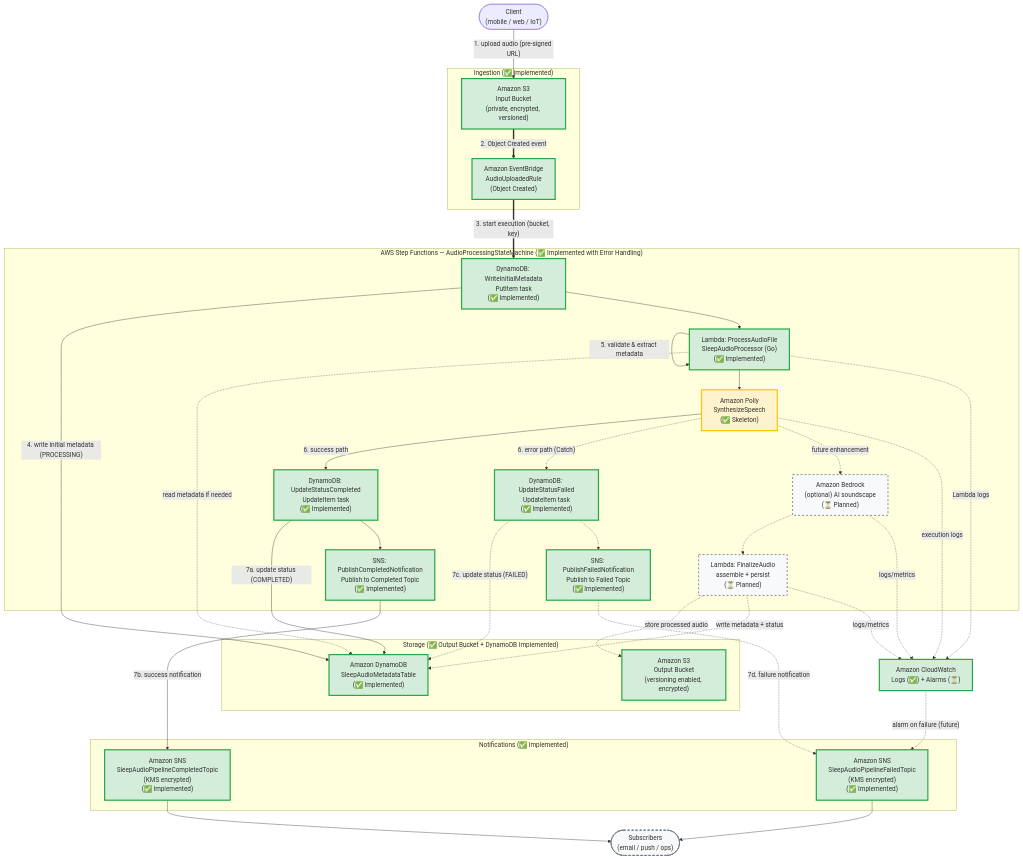
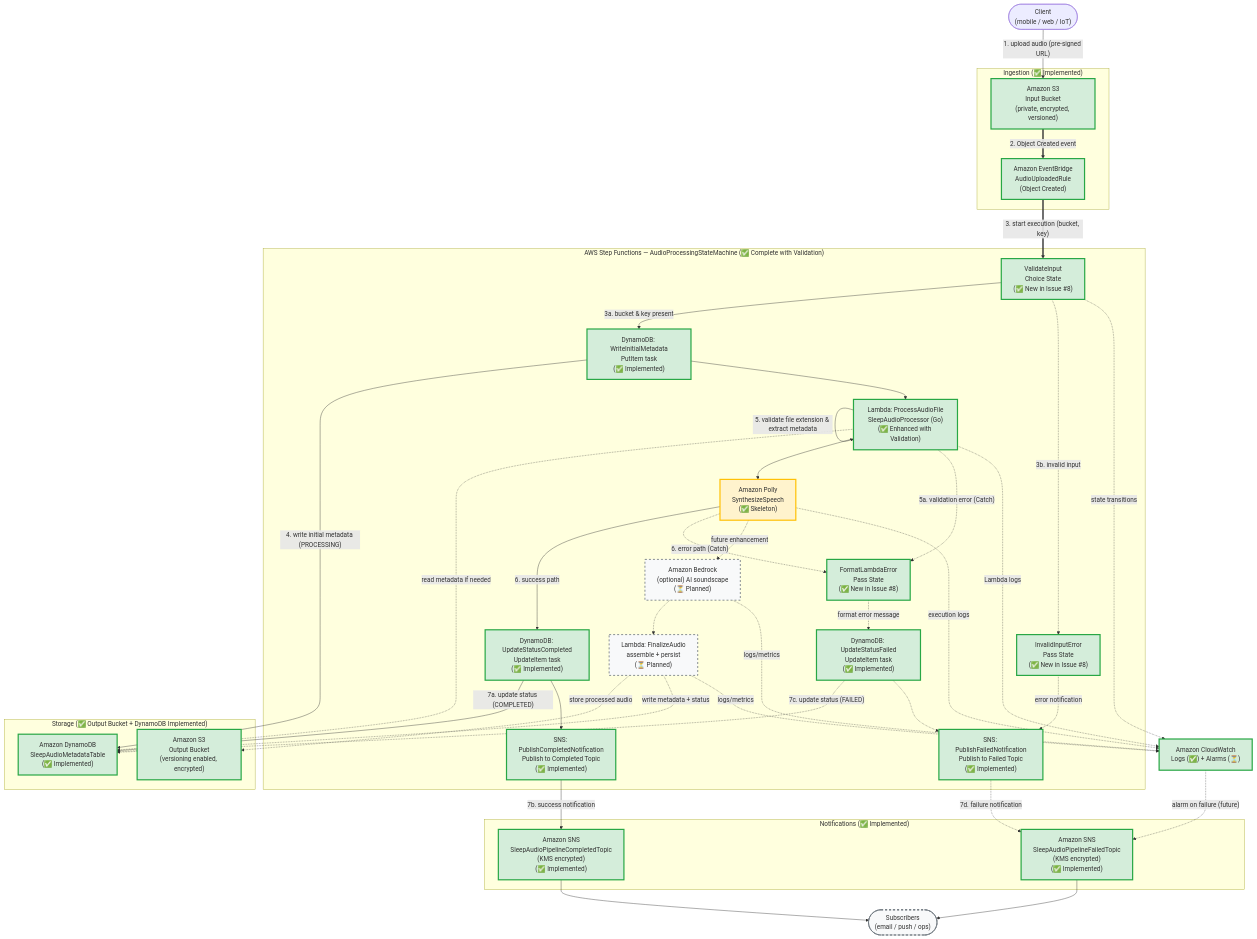
The diagram in ARCHITECTURE.md (obstreperous-ai/cdk-sleep-go-copilot), drawn with Mermaid before and after one commit. The commit also changed other lines of this file, not shown here.

First line of the commit message:
docs: Update ARCHITECTURE.md with complete pipeline flow and validation

````diff
--- a/ARCHITECTURE.md
+++ b/ARCHITECTURE.md
@@ -376,9 +411,12 @@
         EB["Amazon EventBridge<br/>AudioUploadedRule<br/>(Object Created)"]
     end
 
-    subgraph Processing["AWS Step Functions — AudioProcessingStateMachine (✅ Implemented with Error Handling)"]
+    subgraph Processing["AWS Step Functions — AudioProcessingStateMachine (✅ Complete with Validation)"]
+        ValidateInput["ValidateInput<br/>Choice State<br/>(✅ New in Issue #8)"]
+        InvalidInput["InvalidInputError<br/>Pass State<br/>(✅ New in Issue #8)"]
         WriteMeta["DynamoDB: WriteInitialMetadata<br/>PutItem task<br/>(✅ Implemented)"]
-        ProcessLambda["Lambda: ProcessAudioFile<br/>SleepAudioProcessor (Go)<br/>(✅ Implemented)"]
+        ProcessLambda["Lambda: ProcessAudioFile<br/>SleepAudioProcessor (Go)<br/>(✅ Enhanced with Validation)"]
+        FormatError["FormatLambdaError<br/>Pass State<br/>(✅ New in Issue #8)"]
         Polly["Amazon Polly<br/>SynthesizeSpeech<br/>(✅ Skeleton)"]
         UpdateSuccess["DynamoDB: UpdateStatusCompleted<br/>UpdateItem task<br/>(✅ Implemented)"]
         PublishSuccess["SNS: PublishCompletedNotification<br/>Publish to Completed Topic<br/>(✅ Implemented)"]
@@ -403,19 +441,27 @@
 
     Client -- "1. upload audio (pre-signed URL)" --> S3In
     S3In == "2. Object Created event" ==> EB
-    EB == "3. start execution (bucket, key)" ==> WriteMeta
+    EB == "3. start execution (bucket, key)" ==> ValidateInput
+    
+    ValidateInput -- "3a. bucket & key present" --> WriteMeta
+    ValidateInput -. "3b. invalid input" .-> InvalidInput
+    InvalidInput -. "error notification" .-> PublishFailed
+    
     WriteMeta -- "4. write initial metadata (PROCESSING)" --> DDB
     WriteMeta --> ProcessLambda
-    ProcessLambda -- "5. validate & extract metadata" --> ProcessLambda
+    ProcessLambda -- "5. validate file extension & extract metadata" --> ProcessLambda
     ProcessLambda -. "read metadata if needed" .-> DDB
     ProcessLambda --> Polly
+    
+    ProcessLambda -. "5a. validation error (Catch)" .-> FormatError
+    FormatError -. "format error message" .-> UpdateFailed
     
     Polly -- "6. success path" --> UpdateSuccess
     UpdateSuccess -- "7a. update status (COMPLETED)" --> DDB
     UpdateSuccess --> PublishSuccess
     PublishSuccess -- "7b. success notification" --> SNSComplete
     
-    Polly -. "6. error path (Catch)" .-> UpdateFailed
+    Polly -. "6. error path (Catch)" .-> FormatError
     UpdateFailed -. "7c. update status (FAILED)" .-> DDB
     UpdateFailed -.-> PublishFailed
     PublishFailed -. "7d. failure notification" .-> SNSFailed
@@ -430,6 +476,7 @@
 
     Polly -. "execution logs" .-> CW
     ProcessLambda -. "Lambda logs" .-> CW
+    ValidateInput -. "state transitions" .-> CW
     Finalize -. "logs/metrics" .-> CW
     Bedrock -. "logs/metrics" .-> CW
     CW -. "alarm on failure (future)" .-> SNSFailed
@@ -438,7 +485,7 @@
     classDef skeleton fill:#fff3cd,stroke:#ffc107,stroke-width:3px;
     classDef planned fill:#f8f9fa,stroke:#6c757d,stroke-width:2px,stroke-dasharray: 5 5;
     
-    class S3In,EB,S3Out,CW,WriteMeta,ProcessLambda,UpdateSuccess,PublishSuccess,UpdateFailed,PublishFailed,SNSComplete,SNSFailed,DDB implemented;
+    class S3In,EB,S3Out,CW,ValidateInput,InvalidInput,WriteMeta,ProcessLambda,FormatError,UpdateSuccess,PublishSuccess,UpdateFailed,PublishFailed,SNSComplete,SNSFailed,DDB implemented;
     class Polly skeleton;
     class Bedrock,Finalize,Subs planned;
 ```
````
